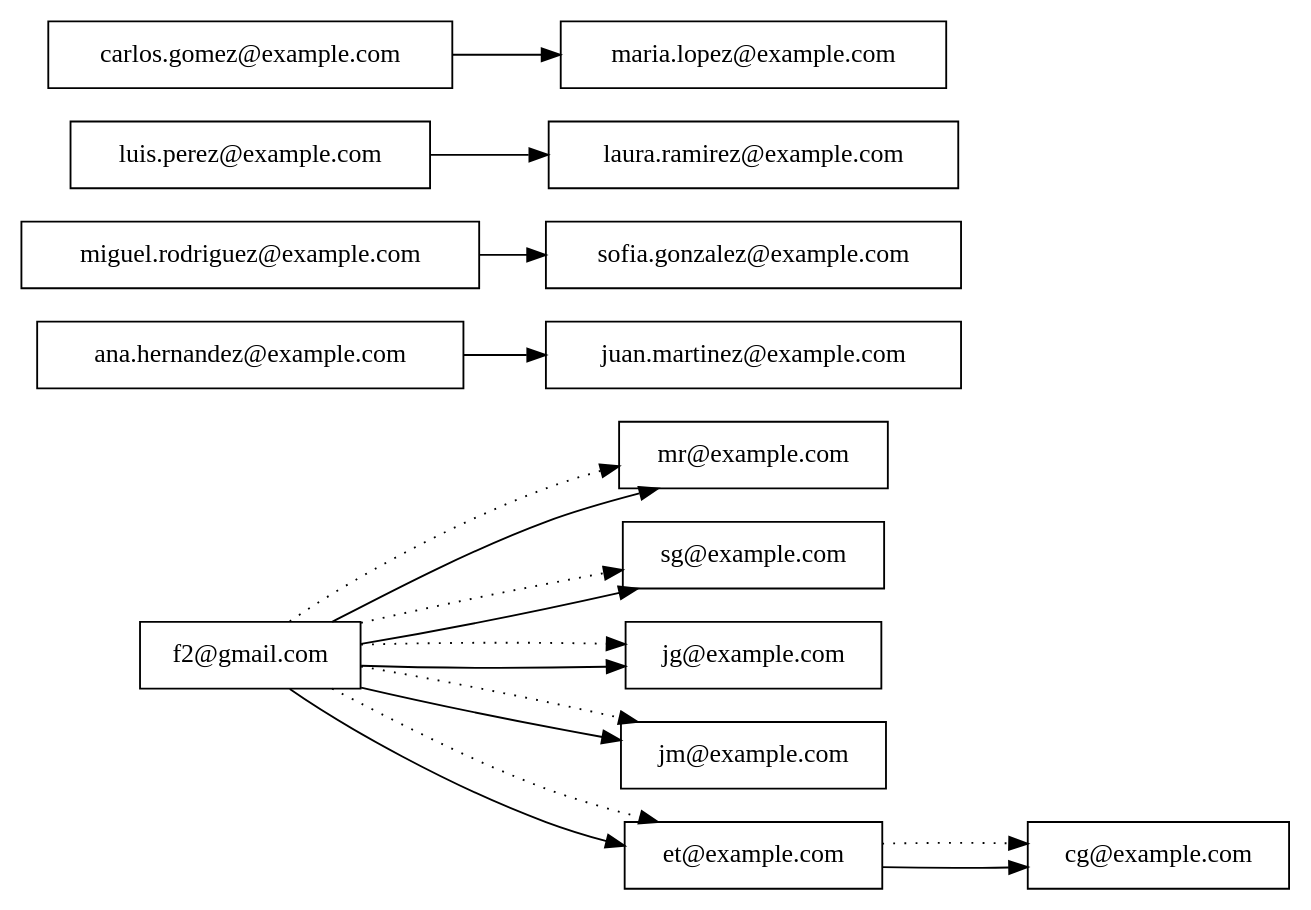
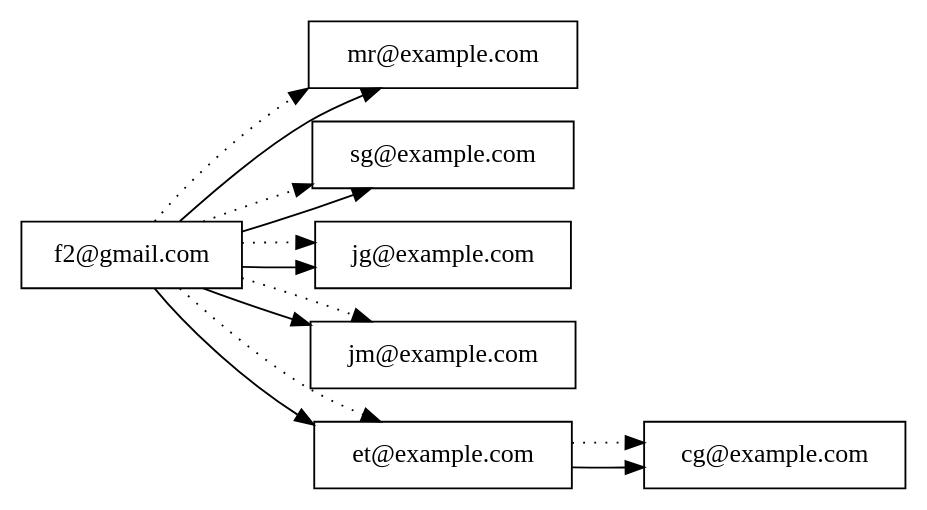
Before and after one commit to Kevin-alvarez1/PROYECTO_MULTIFASES_RED_SOCIAL: the diagram in Fase3/main/build/Desktop_Qt_6_7_2_MinGW_64_bit-Debug/ListaAdyacencia.dot, drawn with Graphviz. The commit also changed 45 other files, not shown here.

```diff
--- a/Fase3/main/build/Desktop_Qt_6_7_2_MinGW_64_bit-Debug/ListaAdyacencia.dot
+++ b/Fase3/main/build/Desktop_Qt_6_7_2_MinGW_64_bit-Debug/ListaAdyacencia.dot
@@ -1,38 +1,26 @@
 digraph G {
 rankdir=LR;
 "f2@gmail.com" [shape=box];
 "mr@example.com" [shape=box];
 "sg@example.com" [shape=box];
 "jg@example.com" [shape=box];
 "jm@example.com" [shape=box];
 "et@example.com" [shape=box];
 "cg@example.com" [shape=box];
-"ana.hernandez@example.com" [shape=box];
-"juan.martinez@example.com" [shape=box];
-"miguel.rodriguez@example.com" [shape=box];
-"sofia.gonzalez@example.com" [shape=box];
-"luis.perez@example.com" [shape=box];
-"laura.ramirez@example.com" [shape=box];
-"carlos.gomez@example.com" [shape=box];
-"maria.lopez@example.com" [shape=box];
 
 // Conexiones de amistad
 "f2@gmail.com" -> "mr@example.com";
 "f2@gmail.com" -> "sg@example.com";
 "f2@gmail.com" -> "jg@example.com";
 "f2@gmail.com" -> "jm@example.com";
 "f2@gmail.com" -> "et@example.com";
 "et@example.com" -> "cg@example.com";
-"ana.hernandez@example.com" -> "juan.martinez@example.com";
-"miguel.rodriguez@example.com" -> "sofia.gonzalez@example.com";
-"luis.perez@example.com" -> "laura.ramirez@example.com";
-"carlos.gomez@example.com" -> "maria.lopez@example.com";
 
 // Recomendaciones
 "et@example.com" -> "cg@example.com" [style=dotted];
 "f2@gmail.com" -> "sg@example.com" [style=dotted];
 "f2@gmail.com" -> "jg@example.com" [style=dotted];
 "f2@gmail.com" -> "jm@example.com" [style=dotted];
 "f2@gmail.com" -> "et@example.com" [style=dotted];
 "f2@gmail.com" -> "mr@example.com" [style=dotted];
 }
```
